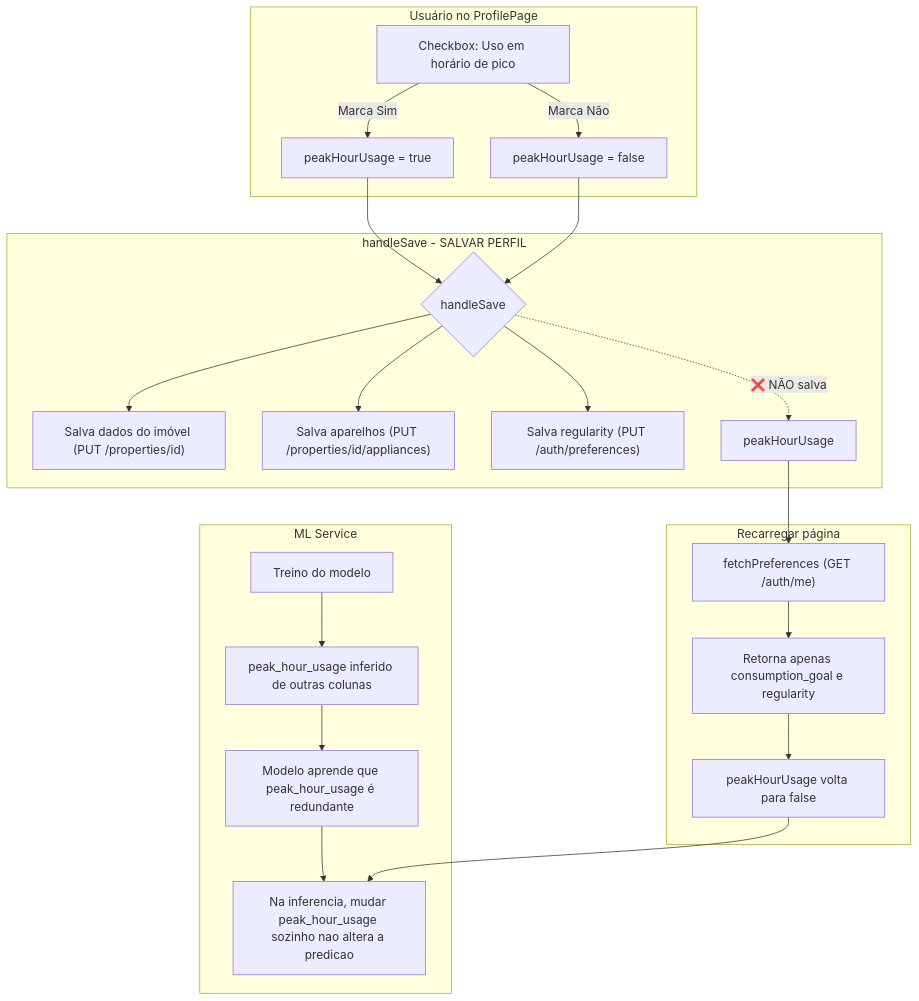
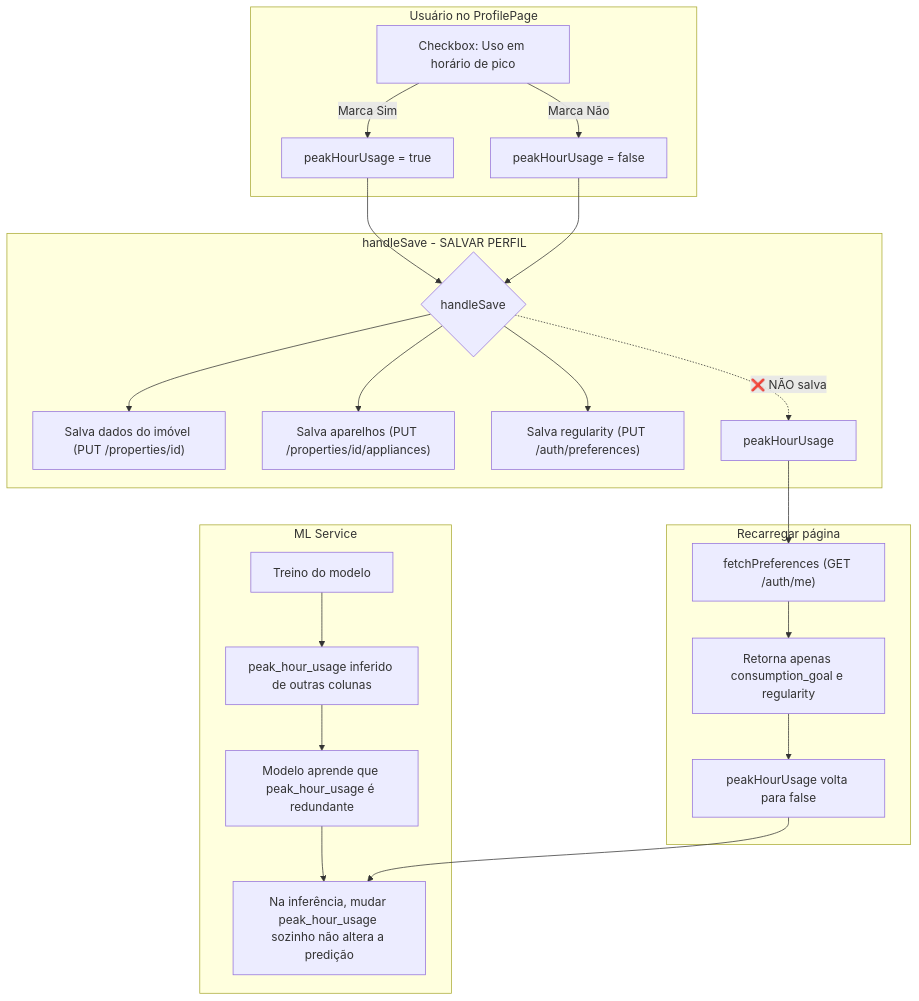
Before and after one commit to No-Country-simulation/G9-BR-TEAM-18: the first of 2 diagrams in docs/adr/0046-persistencia-e-independencia-peak-hour-usage.md, drawn with Mermaid. The commit also changed other lines of this file and 12 other files, not shown here.

````diff
--- a/docs/adr/0046-persistencia-e-independencia-peak-hour-usage.md
+++ b/docs/adr/0046-persistencia-e-independencia-peak-hour-usage.md
@@ -46,30 +61,30 @@
 ```mermaid
 flowchart TD
     subgraph Usuario["Usuário no ProfilePage"]
         A["Checkbox: Uso em horário de pico"] -->|"Marca Sim"| B["peakHourUsage = true"]
         A -->|"Marca Não"| C["peakHourUsage = false"]
     end
 
     subgraph Save["handleSave - SALVAR PERFIL"]
         B --> D{"handleSave"}
         C --> D
         D --> E["Salva dados do imóvel (PUT /properties/id)"]
         D --> F["Salva aparelhos (PUT /properties/id/appliances)"]
         D --> G["Salva regularity (PUT /auth/preferences)"]
         D -.->|"❌ NÃO salva"| H["peakHourUsage"]
     end
 
     subgraph Reload["Recarregar página"]
         H --> I["fetchPreferences (GET /auth/me)"]
         I --> J["Retorna apenas consumption_goal e regularity"]
         J --> K["peakHourUsage volta para false"]
     end
 
     subgraph ML["ML Service"]
         L["Treino do modelo"] --> M["peak_hour_usage inferido de outras colunas"]
         M --> N["Modelo aprende que peak_hour_usage é redundante"]
-        N --> O["Na inferencia, mudar peak_hour_usage sozinho nao altera a predicao"]
+        N --> O["Na inferência, mudar peak_hour_usage sozinho não altera a predição"]
     end
 
     K --> O
 ```
````
